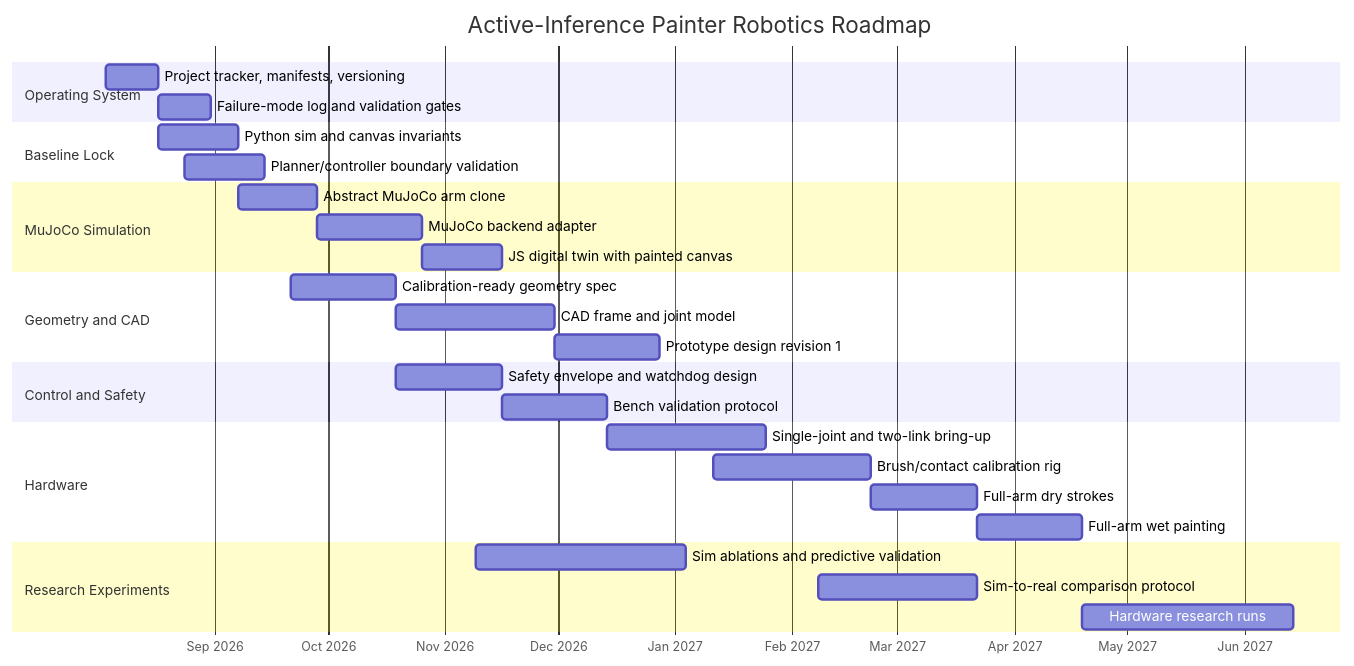
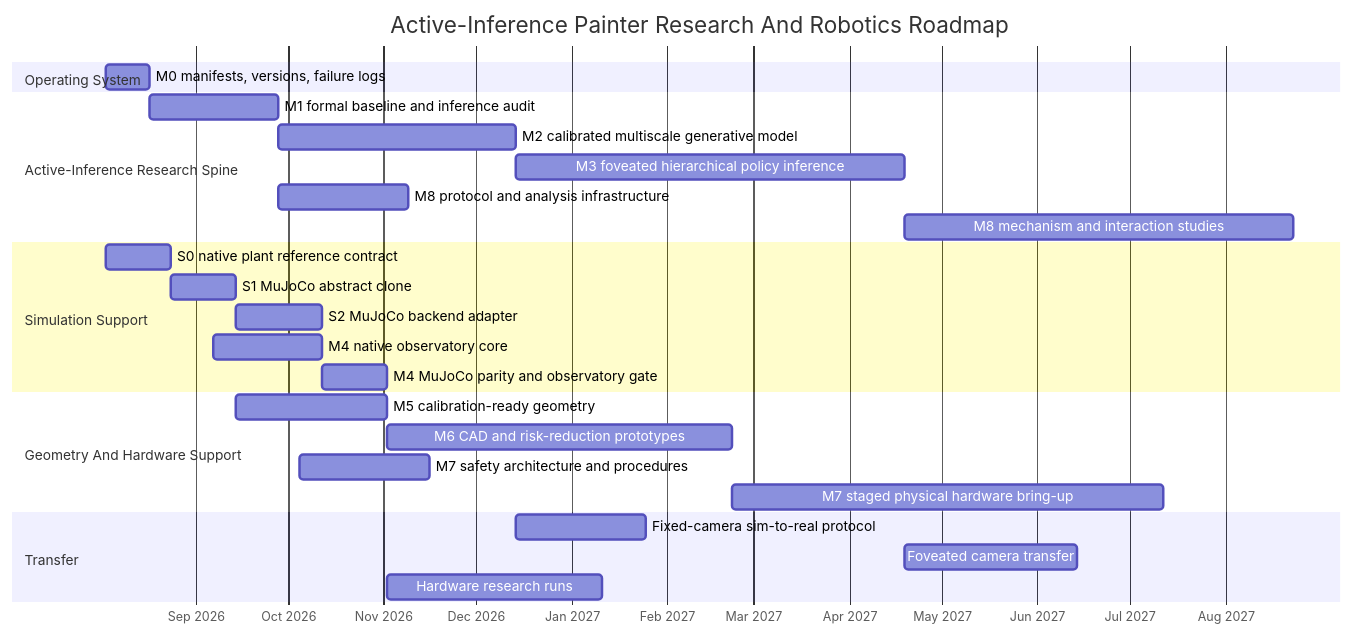
One commit to jacksonhill126/Active-Inference-Painter changed the diagram in planning/GANTT.md. Above: the diagram before and after it, drawn with Mermaid. The commit also changed other lines of this file and 31 other files, not shown here.

Commit message:
Expand project roadmap and planning system

````diff
--- a/planning/GANTT.md
+++ b/planning/GANTT.md
@@ -7,39 +8,34 @@
 ```mermaid
 gantt
-    title Active-Inference Painter Robotics Roadmap
+    title Active-Inference Painter Research And Robotics Roadmap
     dateFormat  YYYY-MM-DD
     axisFormat  %b %Y
 
     section Operating System
-    Project tracker, manifests, versioning        :m0, 2026-08-03, 2w
-    Failure-mode log and validation gates         :m0b, after m0, 2w
+    M0 manifests, versions, failure logs          :m0, 2026-08-03, 2w
 
-    section Baseline Lock
-    Python sim and canvas invariants              :m1, 2026-08-17, 3w
-    Planner/controller boundary validation        :m1b, 2026-08-24, 3w
+    section Active-Inference Research Spine
+    M1 formal baseline and inference audit        :m1, after m0, 6w
+    M2 calibrated multiscale generative model     :m2, after m1, 11w
+    M3 foveated hierarchical policy inference     :m3, after m2, 18w
+    M8 protocol and analysis infrastructure       :m8a, after m1, 6w
+    M8 mechanism and interaction studies          :m8b, after m3, 18w
 
-    section MuJoCo Simulation
-    Abstract MuJoCo arm clone                     :m2, 2026-09-07, 3w
-    MuJoCo backend adapter                        :m3, after m2, 4w
-    JS digital twin with painted canvas           :m4, after m3, 3w
+    section Simulation Support
+    S0 native plant reference contract            :s0, 2026-08-03, 3w
+    S1 MuJoCo abstract clone                      :s1, after s0, 3w
+    S2 MuJoCo backend adapter                     :s2, after s1, 4w
+    M4 native observatory core                    :m4a, 2026-09-07, 5w
+    M4 MuJoCo parity and observatory gate         :m4b, after s2, 3w
 
-    section Geometry and CAD
-    Calibration-ready geometry spec               :m5, 2026-09-21, 4w
-    CAD frame and joint model                     :m6, after m5, 6w
-    Prototype design revision 1                   :m6b, after m6, 4w
+    section Geometry And Hardware Support
+    M5 calibration-ready geometry                 :m5, 2026-09-14, 7w
+    M6 CAD and risk-reduction prototypes          :m6, after m5, 16w
+    M7 safety architecture and procedures         :m7a, 2026-10-05, 6w
+    M7 staged physical hardware bring-up          :m7b, after m6, 20w
 
-    section Control and Safety
-    Safety envelope and watchdog design           :m7, 2026-10-19, 4w
-    Bench validation protocol                     :m7b, after m7, 4w
-
-    section Hardware
-    Single-joint and two-link bring-up            :h1, 2026-12-14, 6w
-    Brush/contact calibration rig                 :h2, 2027-01-11, 6w
-    Full-arm dry strokes                          :h3, after h2, 4w
-    Full-arm wet painting                         :h4, after h3, 4w
-
-    section Research Experiments
-    Sim ablations and predictive validation       :r1, 2026-11-09, 8w
-    Sim-to-real comparison protocol               :r2, 2027-02-08, 6w
-    Hardware research runs                        :r3, after h4, 8w
+    section Transfer
+    Fixed-camera sim-to-real protocol             :r2, after m2, 6w
+    Foveated camera transfer                      :r3, after m3, 8w
+    Hardware research runs                        :r4, after m7, 10w
 ```
````
